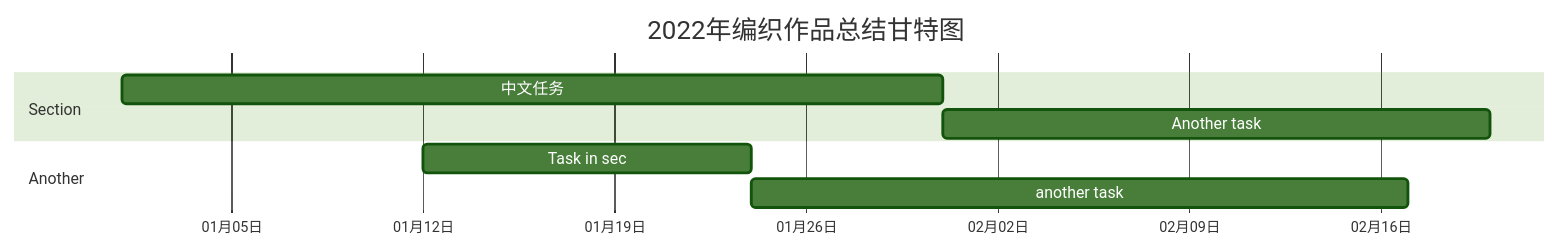
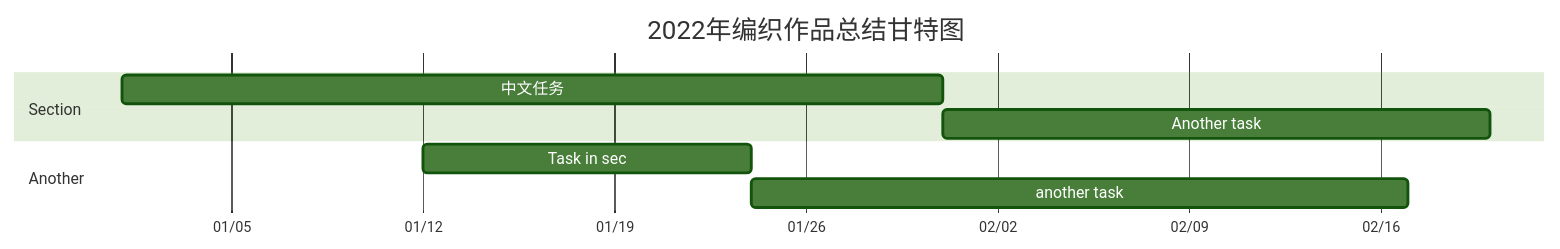
The diagram in _posts/2019-01-29-86.markdown (JiYouMCC/JiYouMCC.github.io), drawn with Mermaid (forest theme) before and after one commit.

````diff
--- a/_posts/2019-01-29-86.markdown
+++ b/_posts/2019-01-29-86.markdown
@@ -18,11 +18,11 @@
 ```mermaid
 gantt
     title 2022年编织作品总结甘特图
-    axisFormat %m月%d日
+    axisFormat %m/%d
     section Section
     中文任务           :a1, 2014-01-01, 30d
     Another task     :after a1  , 20d
     section Another
     Task in sec      :2014-01-12  , 12d
     another task      : 24d
 ```
````
